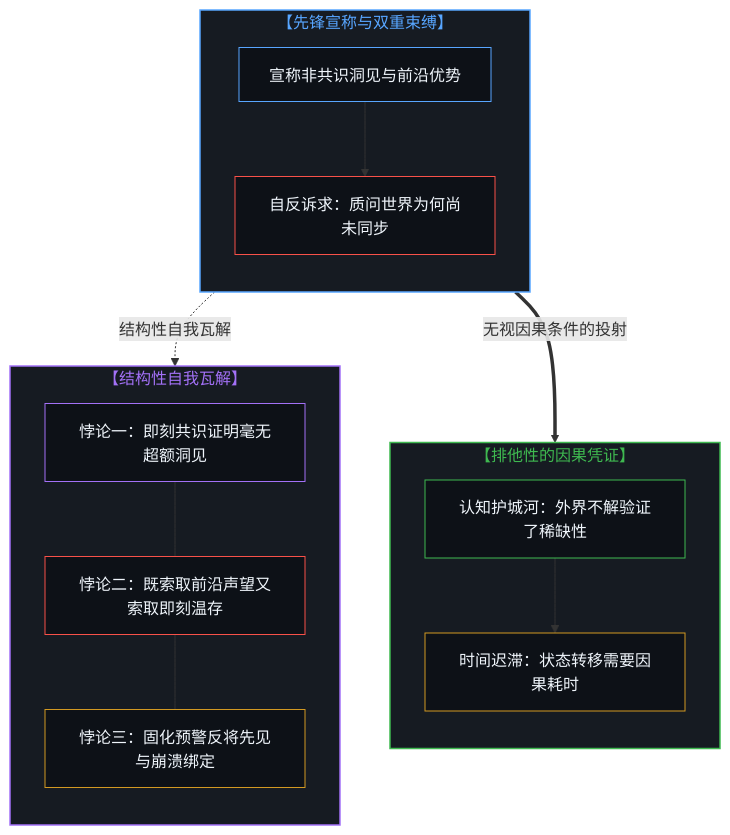
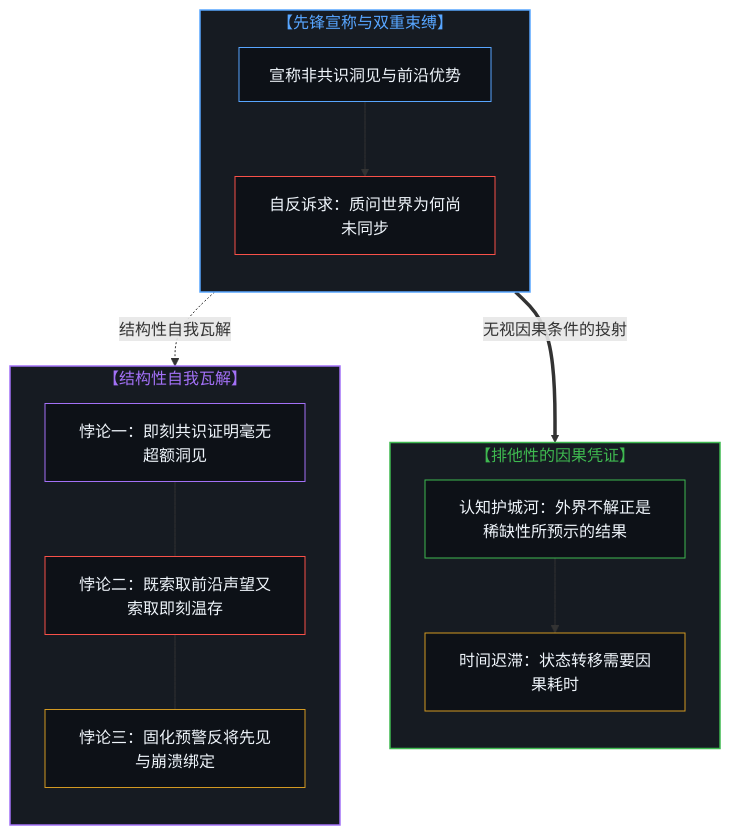
One commit to powerpig99/not-a-toe changed the third of 4 diagrams in content/posts/the-reflexive-dilemma-of-unique-insight.md. Above: the diagram before and after it, drawn with Mermaid. The commit also changed other lines of this file and 8 other files, not shown here.

````diff
--- a/content/posts/the-reflexive-dilemma-of-unique-insight.md
+++ b/content/posts/the-reflexive-dilemma-of-unique-insight.md
@@ -89,34 +89,34 @@
 ```mermaid
 flowchart TD
   subgraph S_CLAIM["【先锋宣称与双重束缚】"]
     direction TB
     C_ALPHA["宣称非共识洞见与前沿优势"]
     C_DEMAND["自反诉求：质问世界为何尚未同步"]
     C_ALPHA --> C_DEMAND
   end
   subgraph S_PROOF["【排他性的因果凭证】"]
     direction TB
-    R_GAP["认知护城河：外界不解验证了稀缺性"]
+    R_GAP["认知护城河：外界不解正是稀缺性所预示的结果"]
     R_TIME["时间迟滞：状态转移需要因果耗时"]
     R_GAP --> R_TIME
   end
   subgraph S_PARADOX["【结构性自我瓦解】"]
     direction TB
     X_COLLAPSE["悖论一：即刻共识证明毫无超额洞见"]
     X_ABSURD["悖论二：既索取前沿声望又索取即刻温存"]
     X_PROPHET["悖论三：固化预警反将先见与崩溃绑定"]
     X_COLLAPSE --- X_ABSURD --- X_PROPHET
   end
   C_DEMAND ==>|"无视因果条件的投射"| R_TIME
   C_DEMAND -.->|"结构性自我瓦解"| S_PARADOX
   style S_CLAIM fill:#161b22,stroke:#58a6ff,stroke-width:1.5px,color:#58a6ff
   style S_PROOF fill:#161b22,stroke:#3fb950,stroke-width:1.5px,color:#3fb950
   style S_PARADOX fill:#161b22,stroke:#a371f7,stroke-width:1.5px,color:#a371f7
   style C_ALPHA fill:#0d1117,stroke:#58a6ff,stroke-width:1px,color:#f0f6fc
   style C_DEMAND fill:#0d1117,stroke:#f85149,stroke-width:1px,color:#f0f6fc
   style R_GAP fill:#0d1117,stroke:#3fb950,stroke-width:1px,color:#f0f6fc
   style R_TIME fill:#0d1117,stroke:#d29922,stroke-width:1px,color:#f0f6fc
   style X_COLLAPSE fill:#0d1117,stroke:#a371f7,stroke-width:1px,color:#f0f6fc
   style X_ABSURD fill:#0d1117,stroke:#f85149,stroke-width:1px,color:#f0f6fc
   style X_PROPHET fill:#0d1117,stroke:#d29922,stroke-width:1px,color:#f0f6fc
 ```
````
